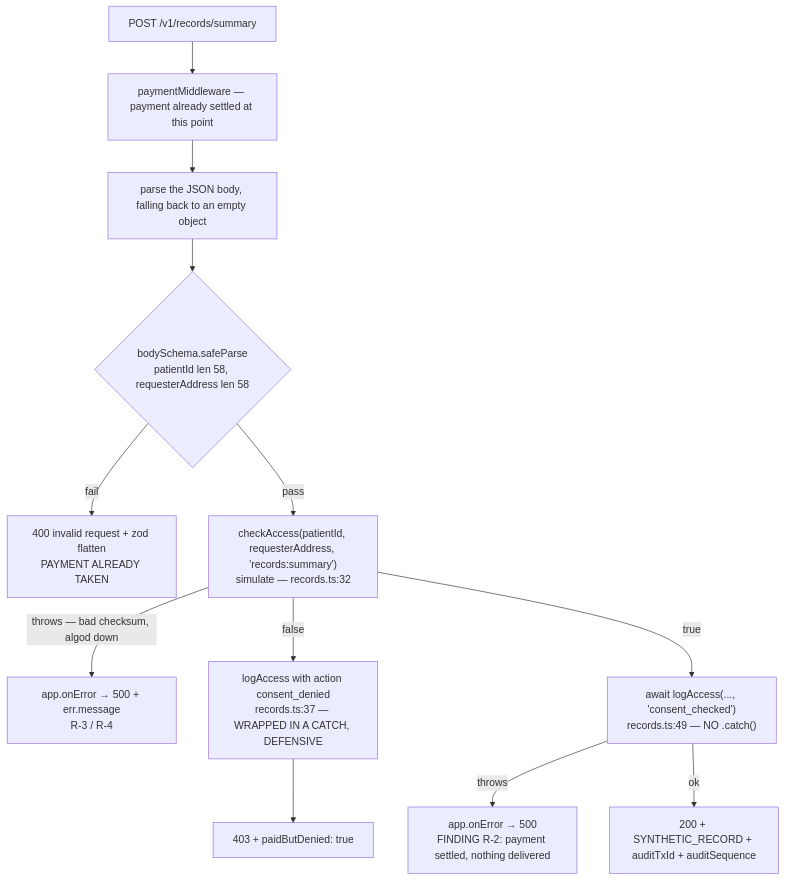
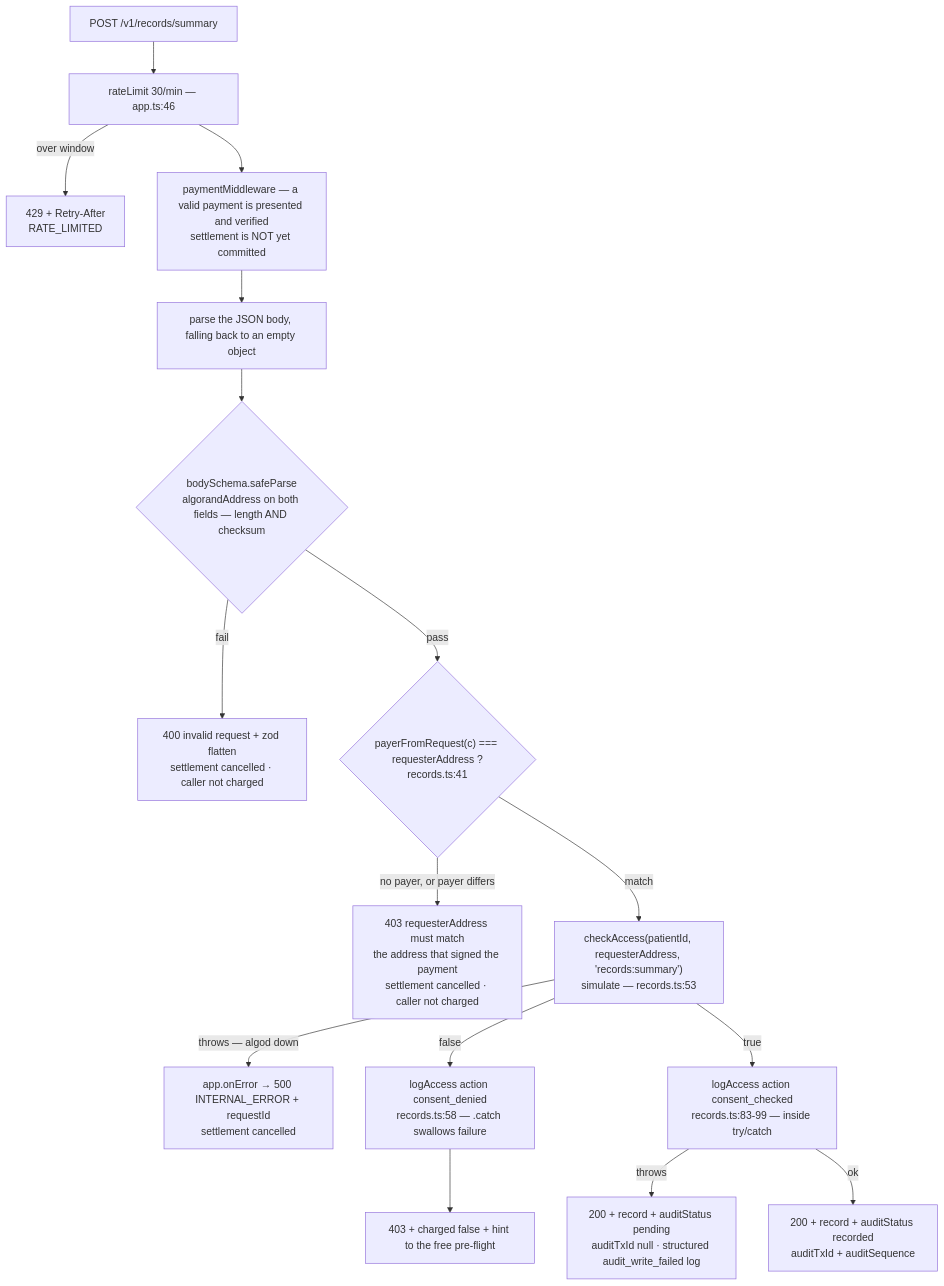
The seventh of 7 diagrams in docs/03_Architecture/LLD.md (Hydra-Of-Malice/Medrail), drawn with Mermaid before and after one commit. The commit also changed other lines of this file and 77 other files, not shown here.

````diff
--- a/docs/03_Architecture/LLD.md
+++ b/docs/03_Architecture/LLD.md
@@ -618,14 +674,18 @@
 ```mermaid
 flowchart TD
-    A["POST /v1/records/summary"] --> MW["paymentMiddleware — payment already settled at this point"]
+    A["POST /v1/records/summary"] --> RL["rateLimit 30/min — app.ts:46"]
+    RL -->|"over window"| R429["429 + Retry-After<br/>RATE_LIMITED"]
+    RL --> MW["paymentMiddleware — a valid payment is presented and verified<br/>settlement is NOT yet committed"]
     MW --> B["parse the JSON body, falling back to an empty object"]
-    B --> C{"bodySchema.safeParse<br/>patientId len 58, requesterAddress len 58"}
-    C -->|"fail"| D["400 invalid request + zod flatten<br/>PAYMENT ALREADY TAKEN"]
-    C -->|"pass"| E["checkAccess(patientId, requesterAddress, 'records:summary')<br/>simulate — records.ts:32"]
-    E -->|"throws — bad checksum, algod down"| Z["app.onError → 500 + err.message<br/>R-3 / R-4"]
-    E -->|"false"| F["logAccess with action consent_denied<br/>records.ts:37 — WRAPPED IN A CATCH, DEFENSIVE"]
-    F --> G["403 + paidButDenied: true"]
-    E -->|"true"| H["await logAccess(..., 'consent_checked')<br/>records.ts:49 — NO .catch()"]
-    H -->|"throws"| Z2["app.onError → 500<br/>FINDING R-2: payment settled, nothing delivered"]
-    H -->|"ok"| I["200 + SYNTHETIC_RECORD + auditTxId + auditSequence"]
+    B --> C{"bodySchema.safeParse<br/>algorandAddress on both fields — length AND checksum"}
+    C -->|"fail"| D["400 invalid request + zod flatten<br/>settlement cancelled · caller not charged"]
+    C -->|"pass"| P{"payerFromRequest(c) === requesterAddress ?<br/>records.ts:41"}
+    P -->|"no payer, or payer differs"| P403["403 requesterAddress must match<br/>the address that signed the payment<br/>settlement cancelled · caller not charged"]
+    P -->|"match"| E["checkAccess(patientId, requesterAddress, 'records:summary')<br/>simulate — records.ts:53"]
+    E -->|"throws — algod down"| Z["app.onError → 500 INTERNAL_ERROR + requestId<br/>settlement cancelled"]
+    E -->|"false"| F["logAccess action consent_denied<br/>records.ts:58 — .catch swallows failure"]
+    F --> G["403 + charged false + hint to the free pre-flight"]
+    E -->|"true"| H["logAccess action consent_checked<br/>records.ts:83-99 — inside try/catch"]
+    H -->|"throws"| I2["200 + record + auditStatus pending<br/>auditTxId null · structured audit_write_failed log"]
+    H -->|"ok"| I["200 + record + auditStatus recorded<br/>auditTxId + auditSequence"]
 ```
````
